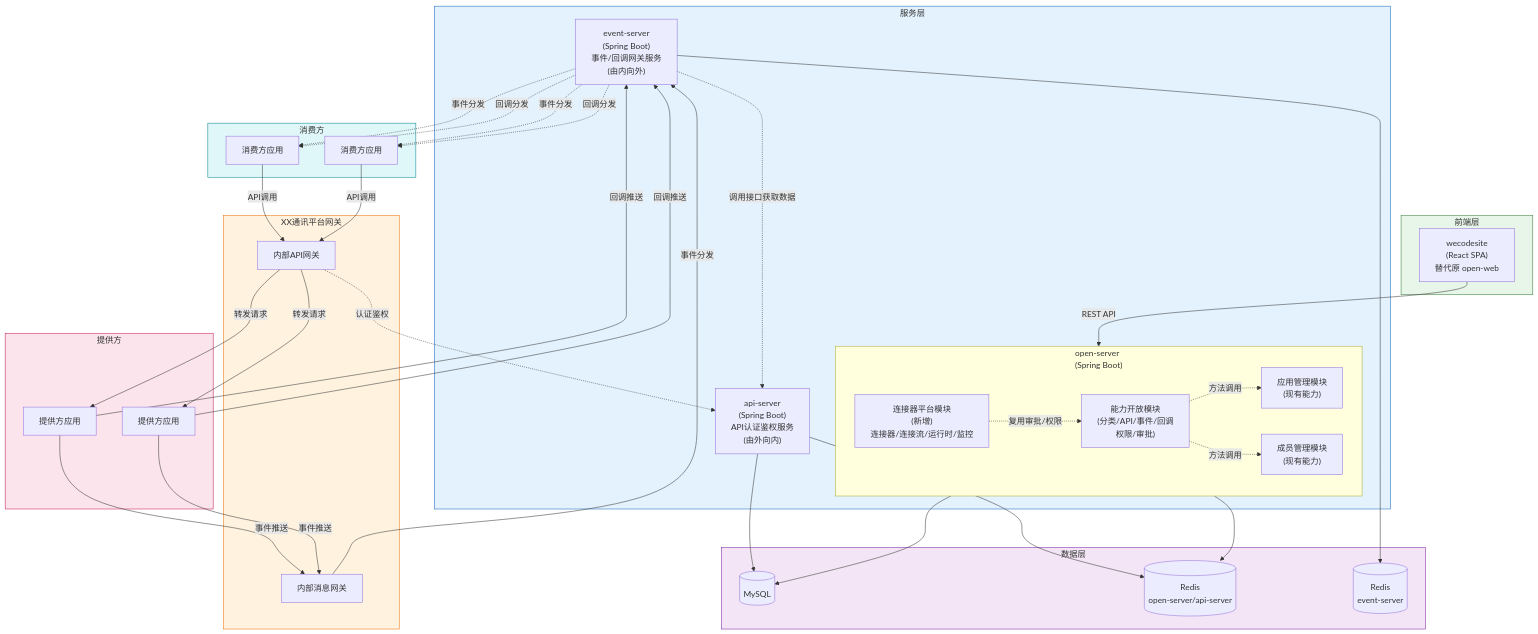
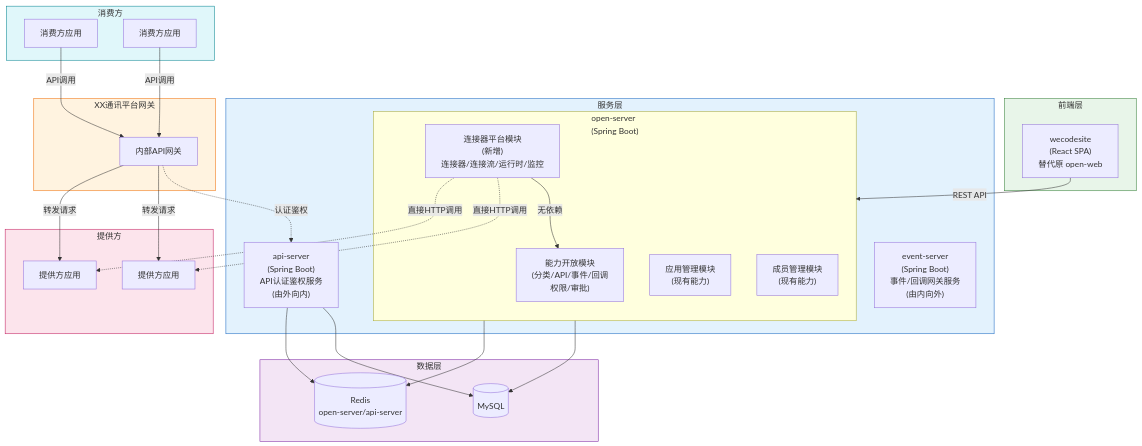
The first of 5 diagrams in .sddu/specs-tree-root/specs-tree-connector-platform/plan.md (THZSummer/open-app), drawn with Mermaid before and after one commit. The commit also changed other lines of this file and 6 other files, not shown here.

```diff
--- a/.sddu/specs-tree-root/specs-tree-connector-platform/plan.md
+++ b/.sddu/specs-tree-root/specs-tree-connector-platform/plan.md
@@ -37,12 +37,10 @@
     subgraph DataLayer["数据层"]
         MySQL[(MySQL)]
         Redis1[(Redis\nopen-server/api-server)]
-        Redis2[(Redis\nevent-server)]
     end
     
     subgraph PlatformGW["XX通讯平台网关"]
         ApiGW["内部API网关"]
-        MsgGW["内部消息网关"]
     end
     
     subgraph Consumers["消费方"]
@@ -59,40 +57,25 @@
     WeCodeSite -->|REST API| OpenServer
     
     %% open-server 内部模块调用
-    CapMgmt -.->|方法调用| AppMgmt
-    CapMgmt -.->|方法调用| Member
-    ConnectorMgmt -.->|复用审批/权限| CapMgmt
+    ConnectorMgmt -->|无依赖| CapMgmt
     
-    %% open-server 和 api-server 访问数据层
+    %% open-server 访问数据层
     OpenServer --> MySQL
     OpenServer --> Redis1
     ApiServer --> MySQL
     ApiServer --> Redis1
     
-    %% event-server 有独立 Redis，无数据库，通过 api-server 获取数据
-    EventServer --> Redis2
-    EventServer -.->|调用接口获取数据| ApiServer
+    %% 运行时同步调用 API（直接调用提供方，不经 API 网关——本版本连接器直接配置目标 API 地址）
+    ConnectorMgmt -.->|直接HTTP调用| Provider1
+    ConnectorMgmt -.->|直接HTTP调用| Provider2
     
-    %% API调用流程：消费方 -> 内部API网关 -> api-server认证鉴权 -> 提供方
+    %% API调用流程
     Consumer1 -->|API调用| ApiGW
     Consumer2 -->|API调用| ApiGW
     ApiGW -.->|认证鉴权| ApiServer
     ApiGW -->|转发请求| Provider1
     ApiGW -->|转发请求| Provider2
     
-    %% 事件推送流程：提供方 -> 内部消息网关 -> event-server -> 消费方
-    Provider1 -->|事件推送| MsgGW
-    Provider2 -->|事件推送| MsgGW
-    MsgGW -->|事件分发| EventServer
-    EventServer -.->|事件分发| Consumer1
-    EventServer -.->|事件分发| Consumer2
-    
-    %% 回调推送流程：提供方 -> event-server -> 消费方（不经内部消息网关）
-    Provider1 -->|回调推送| EventServer
-    Provider2 -->|回调推送| EventServer
-    EventServer -.->|回调分发| Consumer1
-    EventServer -.->|回调分发| Consumer2
-
     style Frontend fill:#e8f5e9,stroke:#2e7d32
     style Services fill:#e3f2fd,stroke:#1565c0
     style DataLayer fill:#f3e5f5,stroke:#7b1fa2
```
